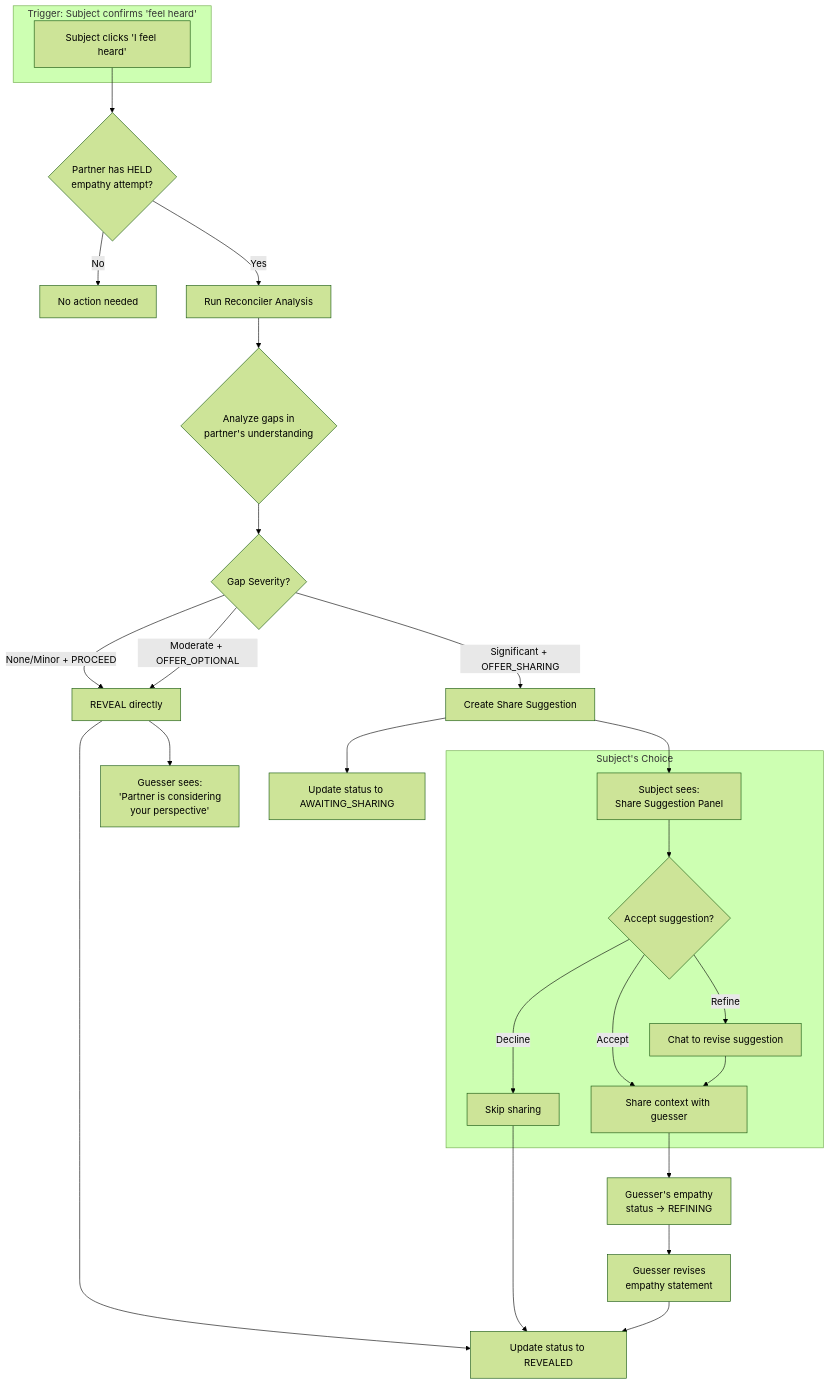
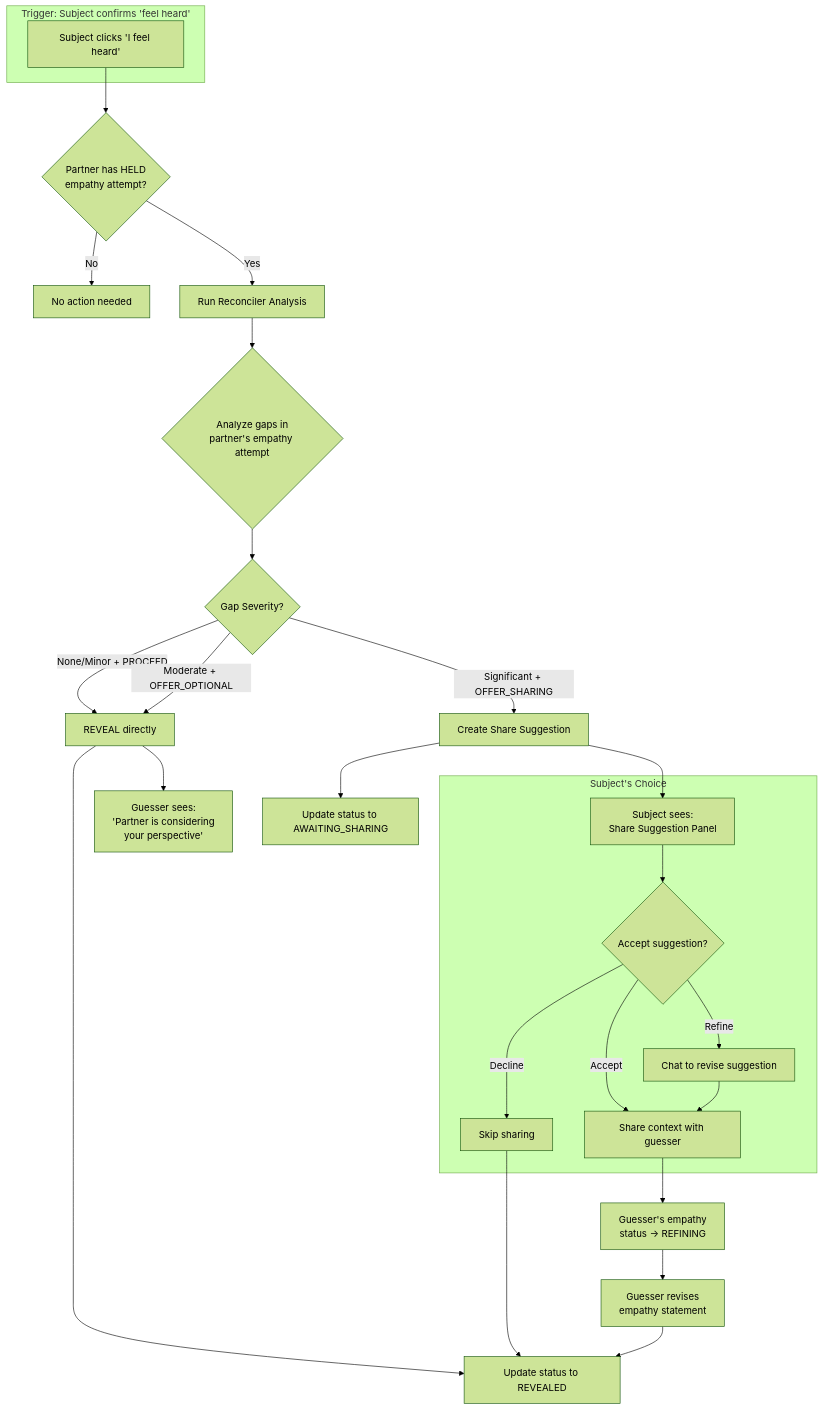
One commit to shantamg/meet-without-fear changed the third of 8 diagrams in docs/user-flows/stage2-empathy-flow.md. Above: the diagram before and after it, drawn with Mermaid (forest theme). The commit also changed other lines of this file and 8 other files, not shown here.

First line of the commit message:
fix(copy): clarify empathy process is an attempt, not understanding

````diff
--- a/docs/user-flows/stage2-empathy-flow.md
+++ b/docs/user-flows/stage2-empathy-flow.md
@@ -65,38 +65,38 @@
 ```mermaid
 flowchart TB
     subgraph Trigger["Trigger: Subject confirms 'feel heard'"]
         A["Subject clicks 'I feel heard'"]
     end
 
     A --> B{Partner has HELD<br/>empathy attempt?}
     B -->|No| C[No action needed]
     B -->|Yes| D[Run Reconciler Analysis]
 
-    D --> E{Analyze gaps in<br/>partner's understanding}
+    D --> E{Analyze gaps in<br/>partner's empathy attempt}
 
     E --> F{Gap Severity?}
 
     F -->|None/Minor + PROCEED| G[REVEAL directly]
     F -->|Moderate + OFFER_OPTIONAL| G
     F -->|Significant + OFFER_SHARING| H[Create Share Suggestion]
 
     G --> I["Guesser sees:<br/>'Partner is considering<br/>your perspective'"]
     G --> J[Update status to REVEALED]
 
     H --> K[Subject sees:<br/>Share Suggestion Panel]
     H --> L[Update status to AWAITING_SHARING]
 
     subgraph SubjectChoice["Subject's Choice"]
         K --> M{Accept suggestion?}
         M -->|Accept| N[Share context with guesser]
         M -->|Refine| O[Chat to revise suggestion]
         M -->|Decline| P[Skip sharing]
     end
 
     N --> Q[Guesser's empathy<br/>status → REFINING]
     O --> N
     P --> J
 
     Q --> R[Guesser revises<br/>empathy statement]
     R --> J
 ```
````
